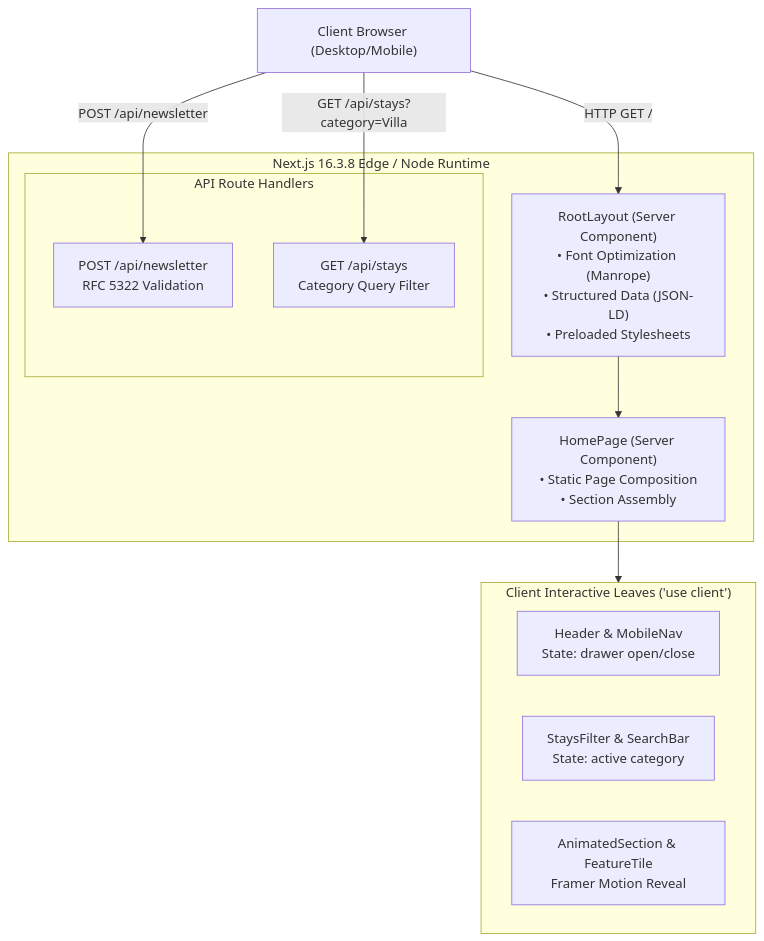
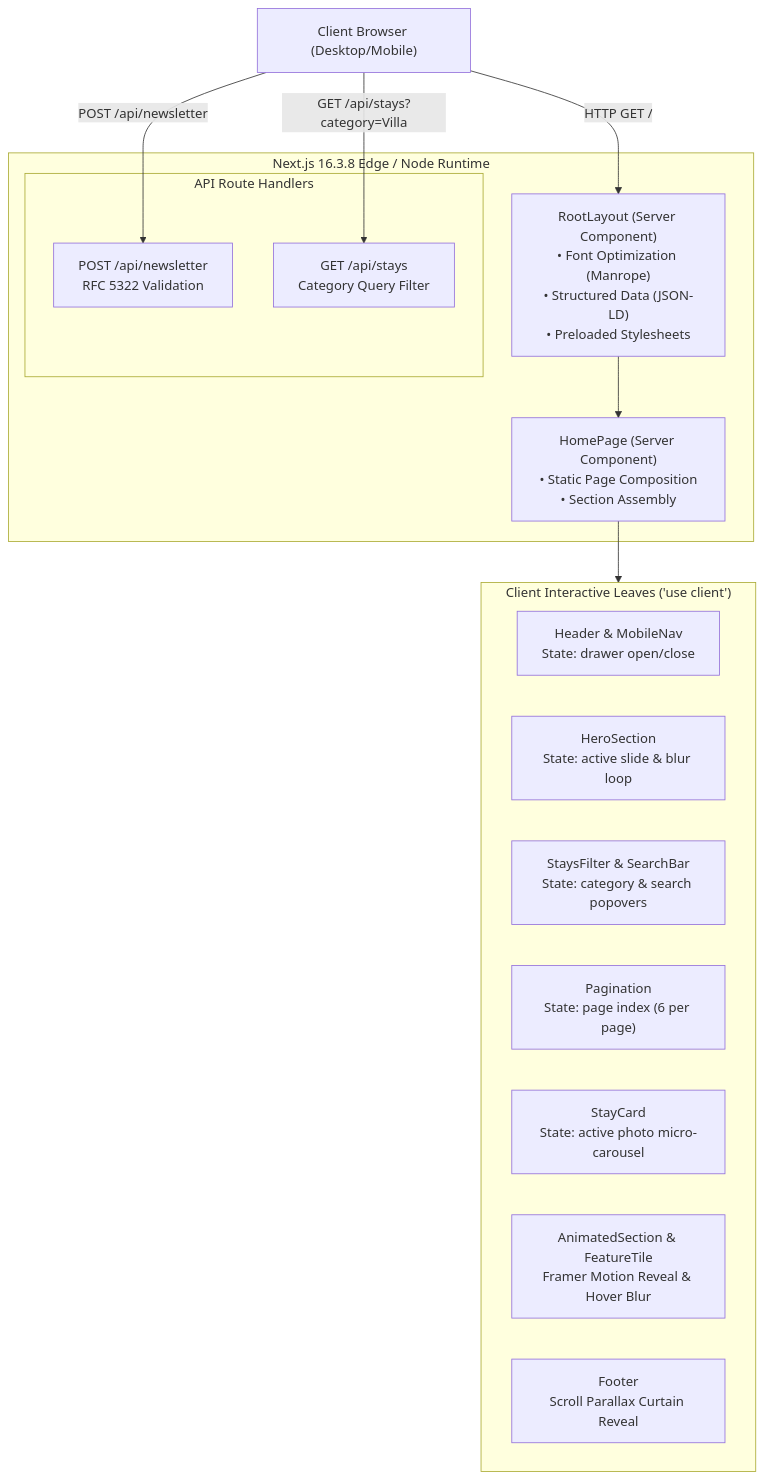
One commit to aaditya09750/WanderLush-landingpage changed the first of 2 diagrams in ARCHITECTURE.md. Above: the diagram before and after it, drawn with Mermaid. The commit also changed other lines of this file and 9 other files, not shown here.

Commit message:
docs(repo): update documentation, architecture specifications, changelog v1.1.0, and developer references

````diff
--- a/ARCHITECTURE.md
+++ b/ARCHITECTURE.md
@@ -15,26 +15,30 @@
 ```mermaid
 graph TD
     Client["Client Browser (Desktop/Mobile)"]
 
     subgraph NextServer["Next.js 16.3.8 Edge / Node Runtime"]
         RootLayout["RootLayout (Server Component)<br/>• Font Optimization (Manrope)<br/>• Structured Data (JSON-LD)<br/>• Preloaded Stylesheets"]
         HomePage["HomePage (Server Component)<br/>• Static Page Composition<br/>• Section Assembly"]
 
         subgraph RouteHandlers["API Route Handlers"]
             NewsletterRoute["POST /api/newsletter<br/>RFC 5322 Validation"]
             StaysRoute["GET /api/stays<br/>Category Query Filter"]
         end
     end
 
     subgraph ClientLeaves["Client Interactive Leaves ('use client')"]
         HeaderClient["Header & MobileNav<br/>State: drawer open/close"]
-        StaysFilterClient["StaysFilter & SearchBar<br/>State: active category"]
-        MotionWrappers["AnimatedSection & FeatureTile<br/>Framer Motion Reveal"]
+        HeroClient["HeroSection<br/>State: active slide & blur loop"]
+        StaysFilterClient["StaysFilter & SearchBar<br/>State: category & search popovers"]
+        PaginationClient["Pagination<br/>State: page index (6 per page)"]
+        StayCardClient["StayCard<br/>State: active photo micro-carousel"]
+        MotionWrappers["AnimatedSection & FeatureTile<br/>Framer Motion Reveal & Hover Blur"]
+        FooterCurtain["Footer<br/>Scroll Parallax Curtain Reveal"]
     end
 
     Client -->|HTTP GET /| RootLayout
     RootLayout --> HomePage
     HomePage --> ClientLeaves
     Client -->|POST /api/newsletter| NewsletterRoute
     Client -->|GET /api/stays?category=Villa| StaysRoute
 ```
````
